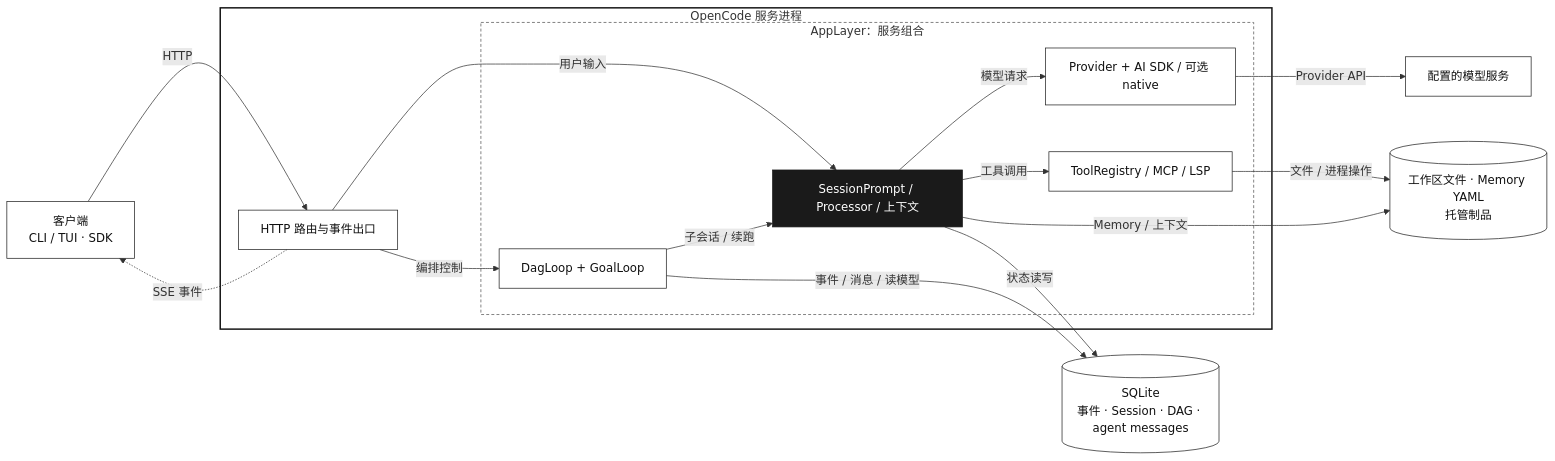
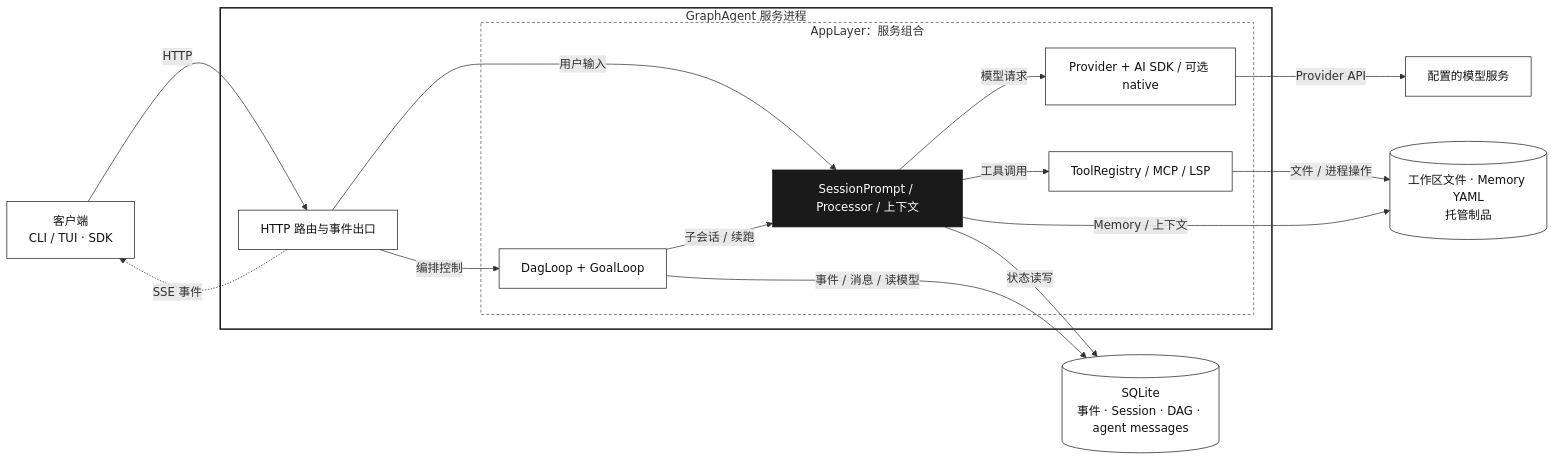
One commit to LeXwDeX/GraphAgent changed the diagram in docs/architecture.md. Above: the diagram before and after it, drawn with Mermaid. The commit also changed other lines of this file and 24 other files, not shown here.

````diff
--- a/docs/architecture.md
+++ b/docs/architecture.md
@@ -11,38 +11,38 @@
 ```mermaid
 flowchart LR
   clients["客户端<br/>CLI / TUI · SDK"]
 
-  subgraph host["OpenCode 服务进程"]
+  subgraph host["GraphAgent 服务进程"]
     api["HTTP 路由与事件出口"]
     subgraph appLayer["AppLayer：服务组合"]
       orchestrator["DagLoop + GoalLoop"]
       session["SessionPrompt / Processor / 上下文"]
       models["Provider + AI SDK / 可选 native"]
       tools["ToolRegistry / MCP / LSP"]
     end
   end
 
   external["配置的模型服务"]
   db[("SQLite<br/>事件 · Session · DAG · agent messages")]
   files[("工作区文件 · Memory YAML<br/>托管制品")]
 
   clients -->|HTTP| api
   api -.->|SSE 事件| clients
   api -->|用户输入| session
   api -->|编排控制| orchestrator
   orchestrator -->|子会话 / 续跑| session
   session -->|模型请求| models
   models -->|Provider API| external
   session -->|工具调用| tools
   tools -->|文件 / 进程操作| files
   session -->|状态读写| db
   orchestrator -->|事件 / 消息 / 读模型| db
   session -->|Memory / 上下文| files
 
   classDef mono fill:#fff,stroke:#222,color:#111,stroke-width:1px;
   classDef focus fill:#1a1a1a,stroke:#1a1a1a,color:#fff,stroke-width:1px;
   class clients,api,orchestrator,session,models,tools,external,db,files mono;
   class session focus;
   style host fill:#fff,stroke:#111,stroke-width:2px;
   style appLayer fill:#fff,stroke:#555,stroke-dasharray:4 3;
 ```
````
